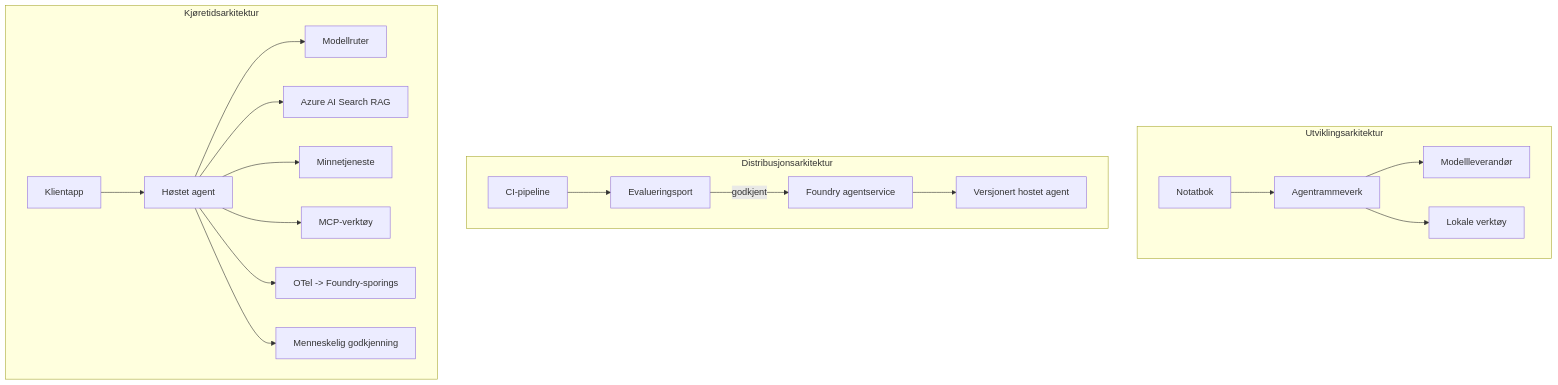
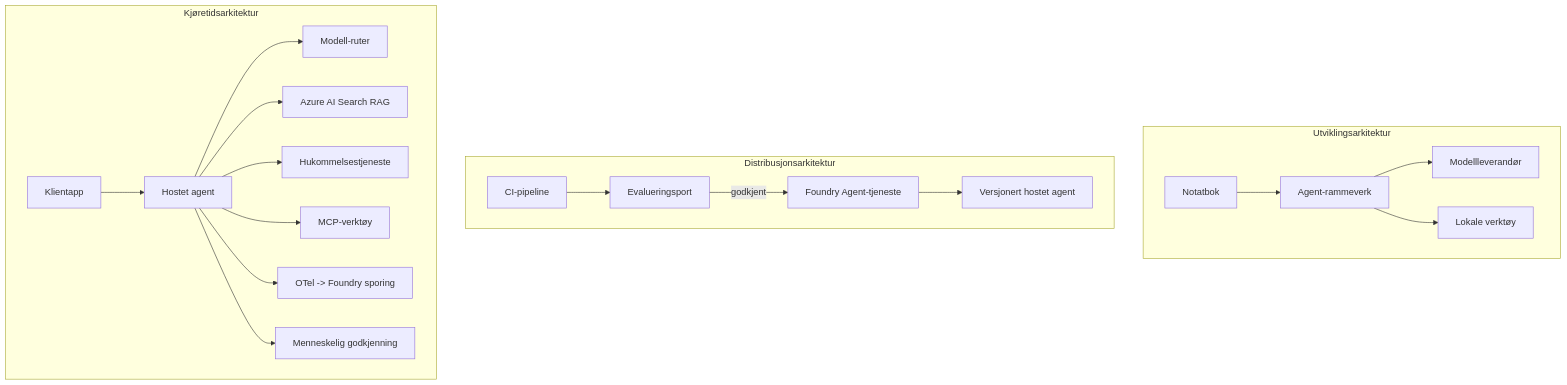
The fourth of 4 diagrams in mirrors/repos/microsoft@ai-agents-for-beginners/translations/no/16-deploying-scalable-agents/README.md (gabrielmoreira/agent-skills-mirror), drawn with Mermaid before and after one commit. The commit also changed other lines of this file and 3581 other files, not shown here.

````diff
--- a/mirrors/repos/microsoft@ai-agents-for-beginners/translations/no/16-deploying-scalable-agents/README.md
+++ b/mirrors/repos/microsoft@ai-agents-for-beginners/translations/no/16-deploying-scalable-agents/README.md
@@ -185,22 +185,22 @@
 ```mermaid
 flowchart TB
     subgraph Dev[Utviklingsarkitektur]
-        D1[Notatbok] --> D2[Agentrammeverk]
+        D1[Notatbok] --> D2[Agent-rammeverk]
         D2 --> D3[Modellleverandør]
         D2 --> D4[Lokale verktøy]
     end
     subgraph Deploy[Distribusjonsarkitektur]
         E1[CI-pipeline] --> E2[Evalueringsport]
-        E2 -->|godkjent| E3[Foundry agentservice]
+        E2 -->|godkjent| E3[Foundry Agent-tjeneste]
         E3 --> E4[Versjonert hostet agent]
     end
     subgraph Run[Kjøretidsarkitektur]
-        F1[Klientapp] --> F2[Høstet agent]
-        F2 --> F3[Modellruter]
+        F1[Klientapp] --> F2[Hostet agent]
+        F2 --> F3[Modell-ruter]
         F2 --> F4[Azure AI Search RAG]
-        F2 --> F5[Minnetjeneste]
+        F2 --> F5[Hukommelsestjeneste]
         F2 --> F6[MCP-verktøy]
-        F2 --> F7[OTel -> Foundry-sporings]
+        F2 --> F7[OTel -> Foundry sporing]
         F2 --> F8[Menneskelig godkjenning]
     end
 ```
````
